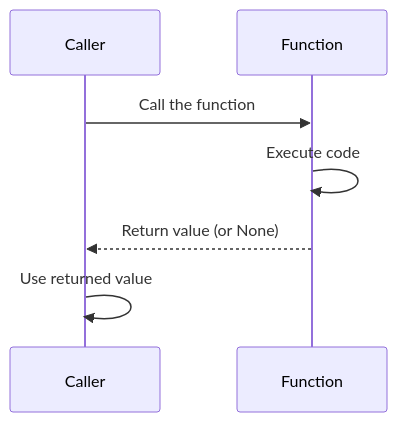
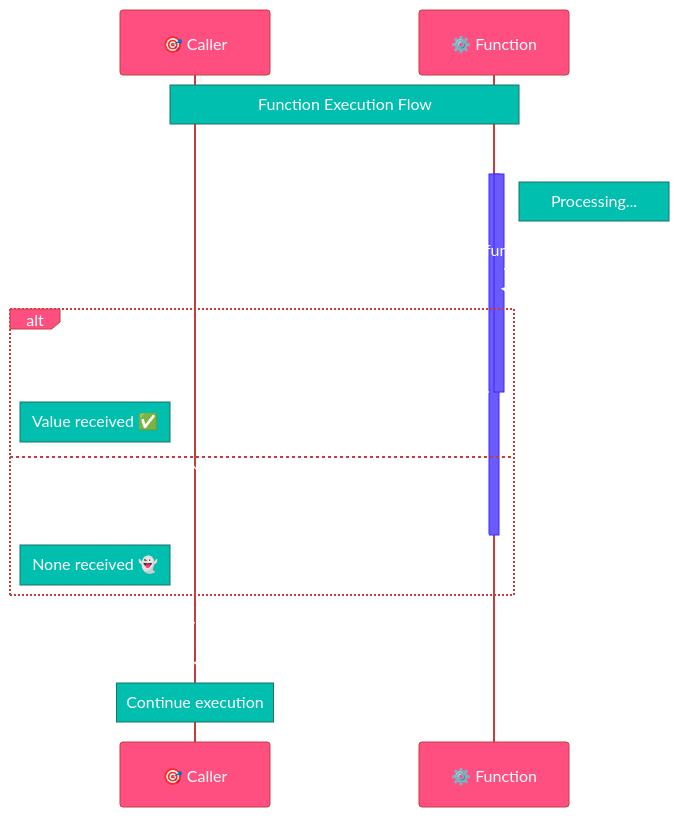
The third of 3 diagrams in _posts/python/2025-11-03-09.-python-functions---basics.md (infoyouth/infoyouth.github.io), drawn with Mermaid before and after one commit. The commit also changed other lines of this file, not shown here.

Commit message:
✨ Enhanced Python Functions blog post with SEO, diagrams, and practical examples

````diff
--- a/_posts/python/2025-11-03-09.-python-functions---basics.md
+++ b/_posts/python/2025-11-03-09.-python-functions---basics.md
@@ -216,9 +328,24 @@
 ```mermaid
+%%{init: {'theme':'base', 'themeVariables': { 'primaryColor':'#ff4f81','primaryTextColor':'#fff','primaryBorderColor':'#c43e3e','lineColor':'#e67e22','secondaryColor':'#6b5bff','tertiaryColor':'#ffd700','noteBkgColor':'#00bfae','noteTextColor':'#fff'}}}%%
 sequenceDiagram
-    participant Caller
-    participant Function
-    Caller->>Function: Call the function
-    Function->>Function: Execute code
-    Function-->>Caller: Return value (or None)
+    participant Caller as 🎯 Caller
+    participant Function as ⚙️ Function
+
+    Note over Caller,Function: Function Execution Flow
+
+    Caller->>+Function: Call the function with arguments
+    activate Function
+    Note right of Function: Processing...
+    Function->>Function: Execute function body
+
+    alt Has return statement
+        Function-->>-Caller: Return value
+        Note left of Caller: Value received ✅
+    else No return statement
+        Function-->>-Caller: Return None
+        Note left of Caller: None received 👻
+    end
+
     Caller->>Caller: Use returned value
+    Note over Caller: Continue execution
 ```
````
